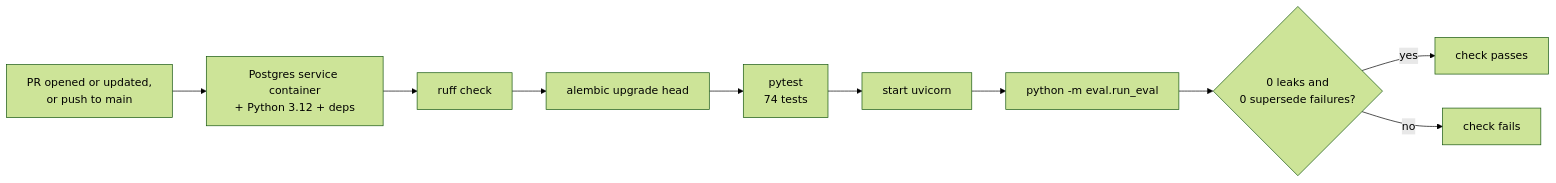
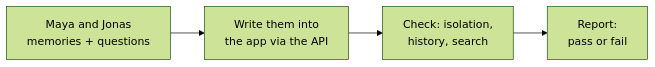
One commit to ZiadHendawy/mutable changed the second of 2 diagrams in README.md. Above: the diagram before and after it, drawn with Mermaid (forest theme). The commit also changed other lines of this file and 5 other files, not shown here.

````diff
--- a/README.md
+++ b/README.md
@@ -427,12 +59,6 @@
 ```mermaid
 flowchart LR
-    trig["PR opened or updated,<br/>or push to main"] --> setup["Postgres service container<br/>+ Python 3.12 + deps"]
-    setup --> lint["ruff check"]
-    lint --> mig["alembic upgrade head"]
-    mig --> test["pytest<br/>74 tests"]
-    test --> up["start uvicorn"]
-    up --> ev["python -m eval.run_eval"]
-    ev --> gate{"0 leaks and<br/>0 supersede failures?"}
-    gate -- yes --> ok["check passes"]
-    gate -- no --> bad["check fails"]
+    data["Maya and Jonas<br/>memories + questions"] --> write["Write them into<br/>the app via the API"]
+    write --> check["Check: isolation,<br/>history, search"]
+    check --> report["Report:<br/>pass or fail"]
 ```
````
